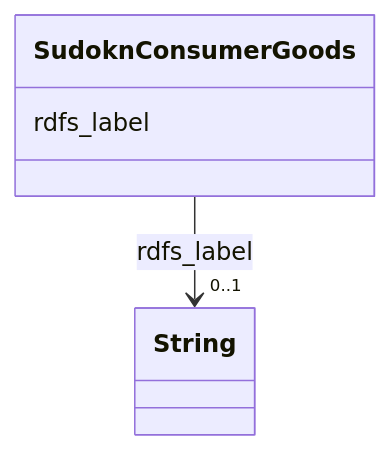
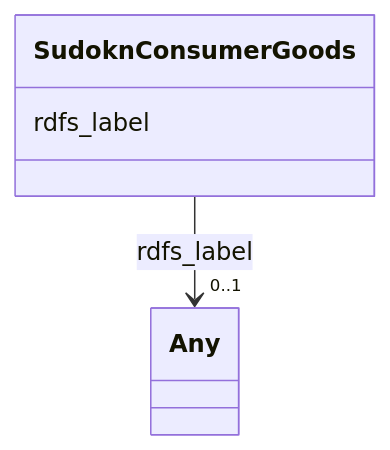
One commit to frink-okn/graph-descriptions changed the diagram in sudokn-kg/classes/SudoknConsumerGoods.md. Above: the diagram before and after it, drawn with Mermaid. The commit also changed other lines of this file and 903 other files, not shown here.

````diff
--- a/sudokn-kg/classes/SudoknConsumerGoods.md
+++ b/sudokn-kg/classes/SudoknConsumerGoods.md
@@ -23,15 +18,15 @@
 ```mermaid
  classDiagram
     class SudoknConsumerGoods
     click SudoknConsumerGoods href "../SudoknConsumerGoods"
       SudoknConsumerGoods : rdfs_label
         
           
     
     
-    SudoknConsumerGoods --> "0..1" String : rdfs_label
-    click String href "../String"
+    SudoknConsumerGoods --> "0..1" Any : rdfs_label
+    click Any href "../Any"
 
         
       
 ```
````
